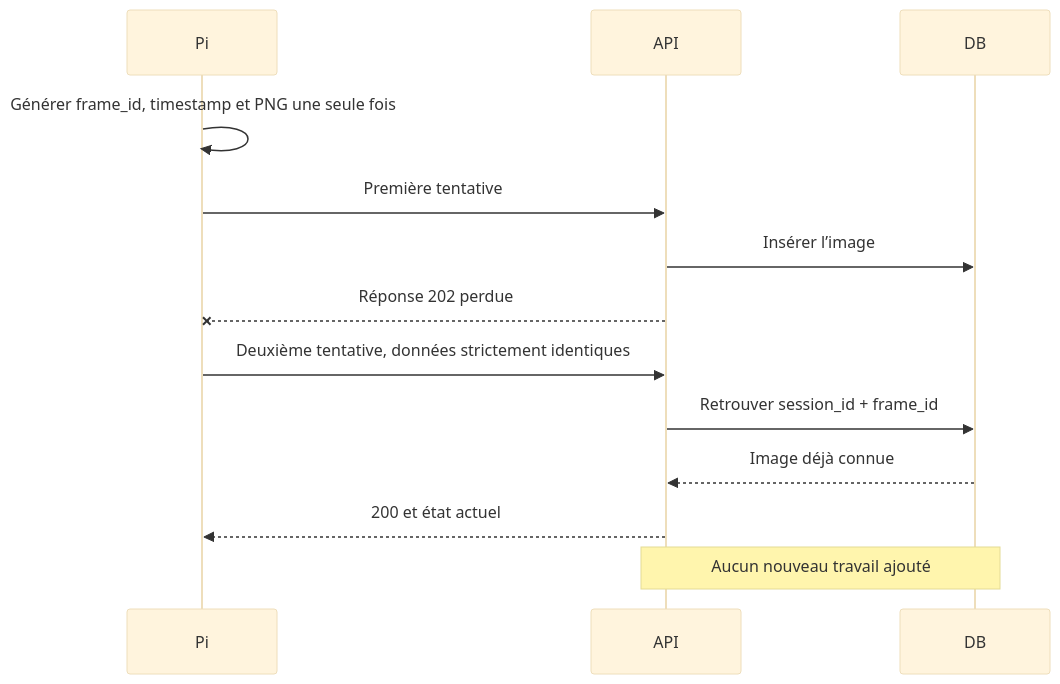
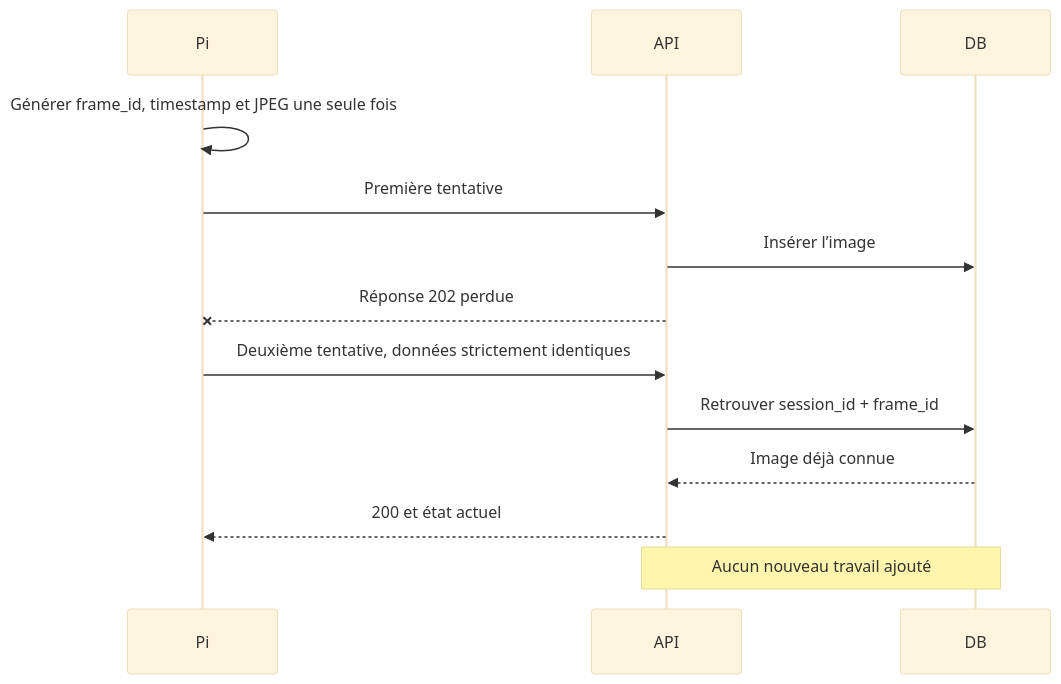
One commit to Mindsept/Looki--Vision changed the third of 8 diagrams in docs/03-contrats-et-flux.md. Above: the diagram before and after it, drawn with Mermaid (base theme). The commit also changed other lines of this file and 26 other files, not shown here.

````diff
--- a/docs/03-contrats-et-flux.md
+++ b/docs/03-contrats-et-flux.md
@@ -66,15 +66,15 @@
 ```mermaid
 sequenceDiagram
     participant Pi
     participant API
     participant DB
-    Pi->>Pi: Générer frame_id, timestamp et PNG une seule fois
+    Pi->>Pi: Générer frame_id, timestamp et JPEG une seule fois
     Pi->>API: Première tentative
     API->>DB: Insérer l’image
     API--xPi: Réponse 202 perdue
     Pi->>API: Deuxième tentative, données strictement identiques
     API->>DB: Retrouver session_id + frame_id
     DB-->>API: Image déjà connue
     API-->>Pi: 200 et état actuel
     Note over API,DB: Aucun nouveau travail ajouté
 ```
````
